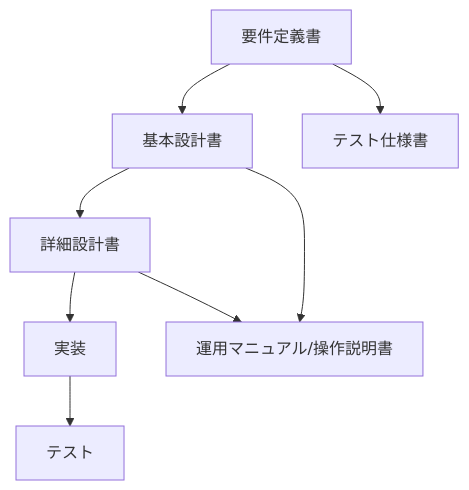
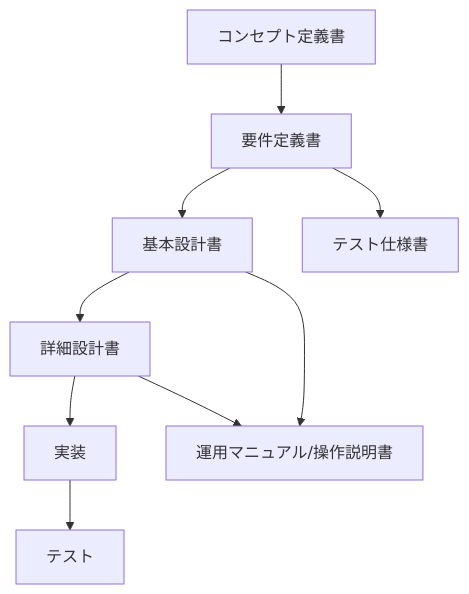
The diagram in docs/rules/DOCUMENTATION_RULES.md (mahitotsu/tas9s10ream), drawn with Mermaid before and after one commit. The commit also changed other lines of this file, not shown here.

````diff
--- a/docs/rules/DOCUMENTATION_RULES.md
+++ b/docs/rules/DOCUMENTATION_RULES.md
@@ -138,10 +159,11 @@
 ```mermaid
 graph TD
-    A[要件定義書] --> B[基本設計書];
-    A --> F[テスト仕様書];
-    B --> C[詳細設計書];
-    C --> D[実装];
-    D --> E[テスト];
-    B --> G[運用マニュアル/操作説明書];
-    C --> G;
+    A[コンセプト定義書] --> B[要件定義書];
+    B --> C[基本設計書];
+    B --> G[テスト仕様書];
+    C --> D[詳細設計書];
+    D --> E[実装];
+    E --> F[テスト];
+    C --> H[運用マニュアル/操作説明書];
+    D --> H;
 ```
````
